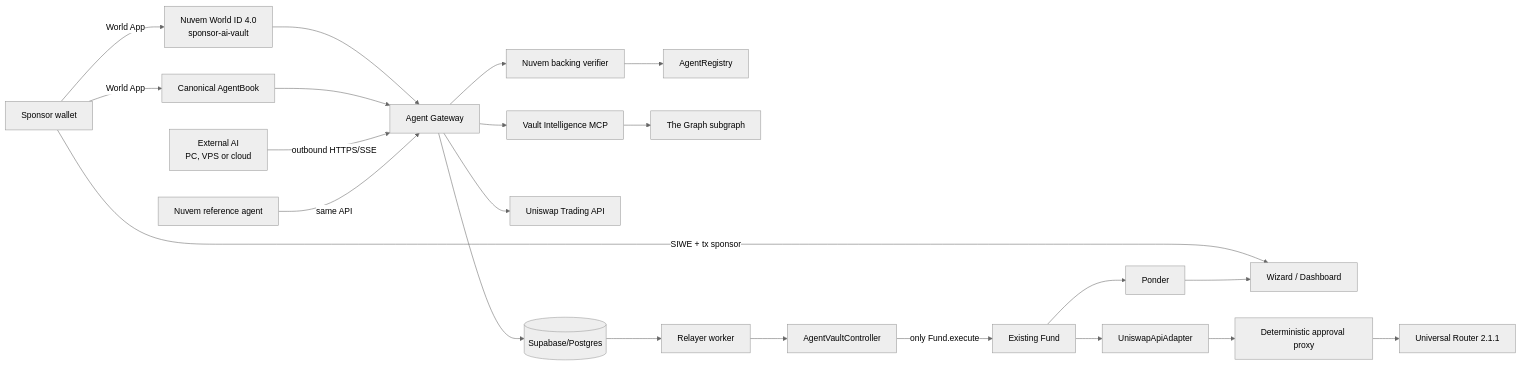
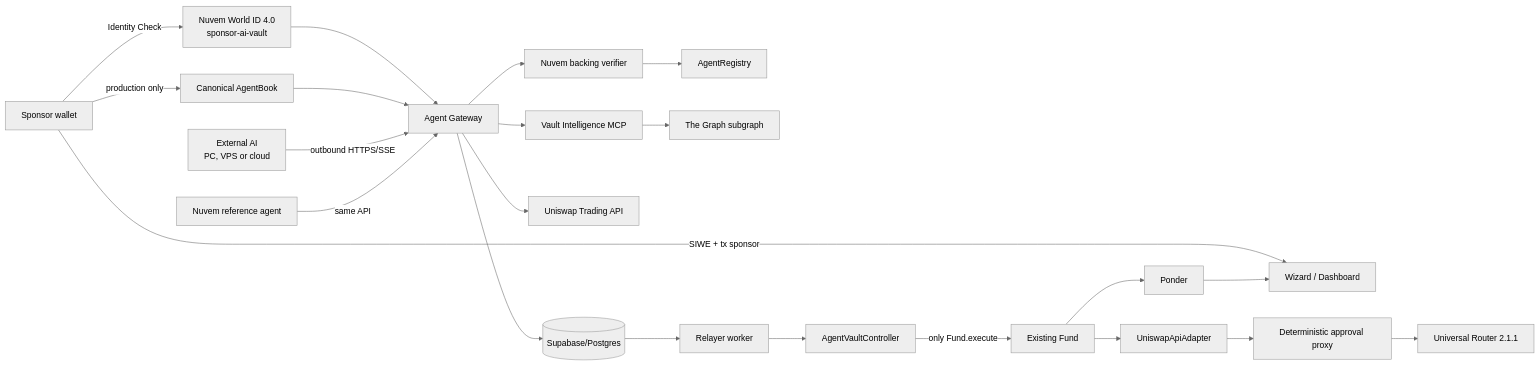
The diagram in docs/AGENT_ARCHITECTURE.md (Myttyyytytyyttt/RobinFund), drawn with Mermaid (neutral theme) before and after one commit. The commit also changed other lines of this file and 9 other files, not shown here.

Commit message:
Fix testnet vault funding and document World flow

````diff
--- a/docs/AGENT_ARCHITECTURE.md
+++ b/docs/AGENT_ARCHITECTURE.md
@@ -10,25 +10,25 @@
 ```mermaid
 flowchart LR
     S[Sponsor wallet] -->|SIWE + tx sponsor| UI[Wizard / Dashboard]
-    S -->|World App| NW[Nuvem World ID 4.0<br/>sponsor-ai-vault]
-    S -->|World App| AB[Canonical AgentBook]
+    S -->|Identity Check| NW[Nuvem World ID 4.0<br/>sponsor-ai-vault]
+    S -->|production only| AB[Canonical AgentBook]
     NW --> GW
     AB --> GW
     GW --> WV[Nuvem backing verifier]
     WV --> AR[AgentRegistry]
 
     EA[External AI<br/>PC, VPS or cloud] -->|outbound HTTPS/SSE| GW[Agent Gateway]
     RA[Nuvem reference agent] -->|same API| GW
     GW --> MCP[Vault Intelligence MCP]
     MCP --> SG[The Graph subgraph]
     GW --> UAPI[Uniswap Trading API]
     GW --> DB[(Supabase/Postgres)]
     DB --> RW[Relayer worker]
     RW --> AVC[AgentVaultController]
     AVC -->|only Fund.execute| F[Existing Fund]
     F --> UA[UniswapApiAdapter]
     UA --> AP[Deterministic approval proxy]
     AP --> UR[Universal Router 2.1.1]
     F --> PO[Ponder]
     PO --> UI
 ```
````
